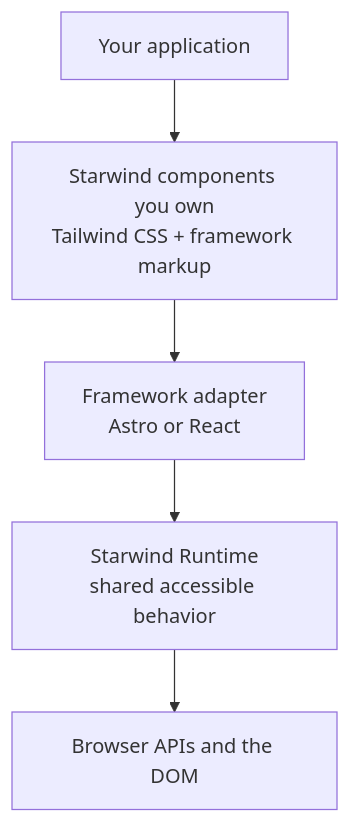
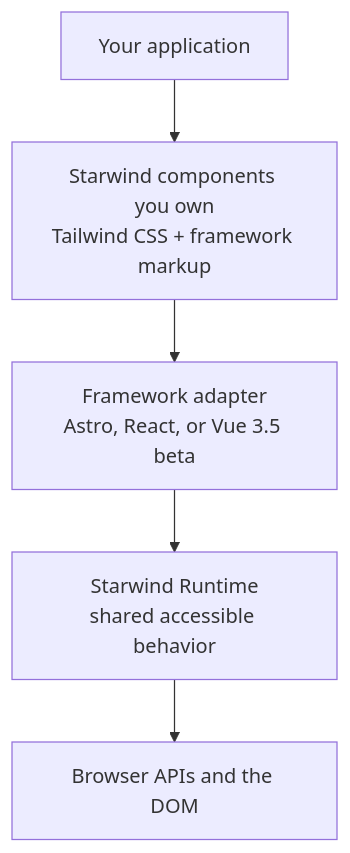
One commit to starwind-ui/starwind-ui changed the diagram in README.md. Above: the diagram before and after it, drawn with Mermaid. The commit also changed other lines of this file and 282 other files, not shown here.

First line of the commit message:
feat(vue): prepare public beta and CLI support (#222)

````diff
--- a/README.md
+++ b/README.md
@@ -48,13 +63,13 @@
 ```mermaid
 flowchart TD
   App["Your application"]
   Components["Starwind components you own<br/>Tailwind CSS + framework markup"]
-  Adapter["Framework adapter<br/>Astro or React"]
+  Adapter["Framework adapter<br/>Astro, React, or Vue 3.5 beta"]
   Runtime["Starwind Runtime<br/>shared accessible behavior"]
   Browser["Browser APIs and the DOM"]
 
   App --> Components
   Components --> Adapter
   Adapter --> Runtime
   Runtime --> Browser
 ```
````
